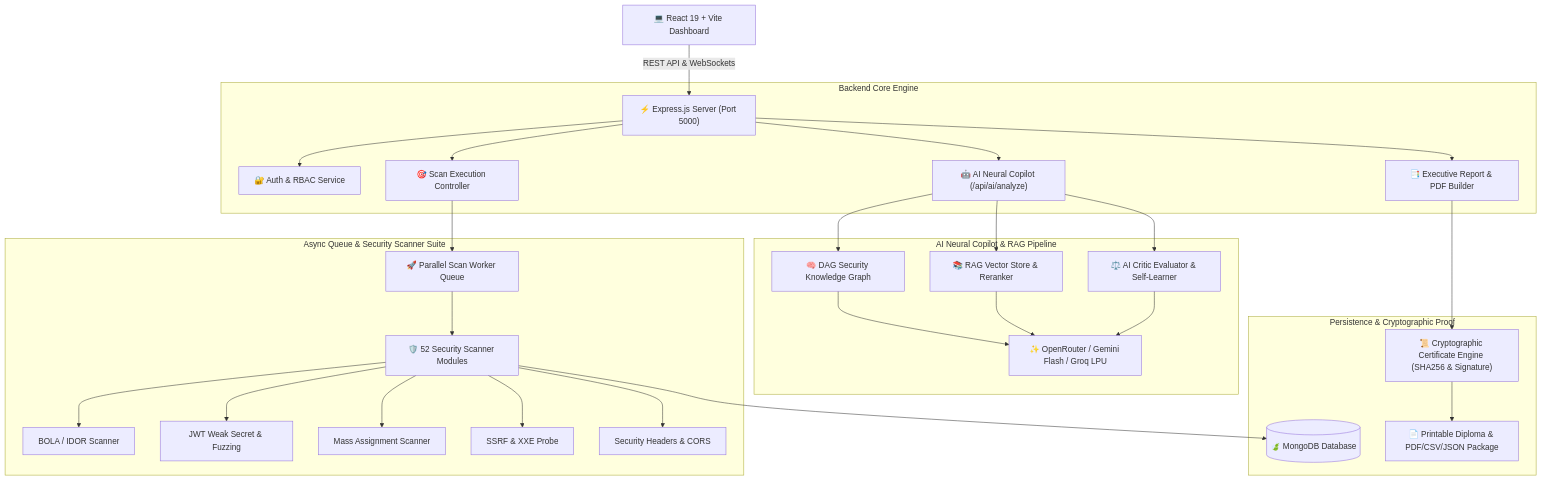
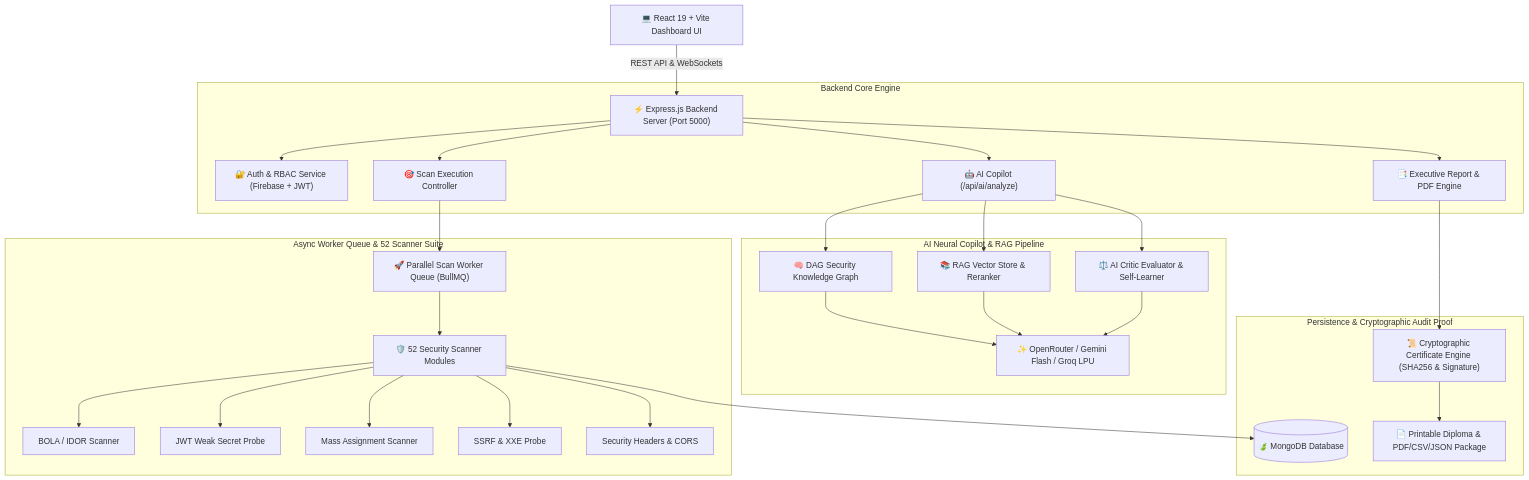
One commit to Redkrossresearch/api-security-scanner changed the first of 2 diagrams in README.md. Above: the diagram before and after it, drawn with Mermaid. The commit also changed other lines of this file and 1 other file, not shown here.

Commit message:
docs: update collaboration log and README with commit-by-commit history, architecture diagrams, directory trees, contribution tables and Phase 4 roadmap

````diff
--- a/README.md
+++ b/README.md
@@ -24,34 +22,34 @@
 ```mermaid
 graph TD
-    Client["💻 React 19 + Vite Dashboard"] -->|REST API & WebSockets| Server["⚡ Express.js Server (Port 5000)"]
+    Client["💻 React 19 + Vite Dashboard UI"] -->|REST API & WebSockets| Server["⚡ Express.js Backend Server (Port 5000)"]
     
     subgraph Backend Core Engine
-        Server --> Auth["🔐 Auth & RBAC Service"]
+        Server --> Auth["🔐 Auth & RBAC Service (Firebase + JWT)"]
         Server --> ScanController["🎯 Scan Execution Controller"]
-        Server --> AIController["🤖 AI Neural Copilot (/api/ai/analyze)"]
-        Server --> ReportService["📑 Executive Report & PDF Builder"]
+        Server --> AIController["🤖 AI Copilot (/api/ai/analyze)"]
+        Server --> ReportService["📑 Executive Report & PDF Engine"]
     end
 
-    subgraph Async Queue & Security Scanner Suite
-        ScanController --> TaskQueue["🚀 Parallel Scan Worker Queue"]
+    subgraph Async Worker Queue & 52 Scanner Suite
+        ScanController --> TaskQueue["🚀 Parallel Scan Worker Queue (BullMQ)"]
         TaskQueue --> ScannerEngine["🛡️ 52 Security Scanner Modules"]
         ScannerEngine --> BOLA["BOLA / IDOR Scanner"]
-        ScannerEngine --> JWT["JWT Weak Secret & Fuzzing"]
+        ScannerEngine --> JWT["JWT Weak Secret Probe"]
         ScannerEngine --> MassAssign["Mass Assignment Scanner"]
         ScannerEngine --> SSRF["SSRF & XXE Probe"]
-        ScannerEngine --> Header["Security Headers & CORS"]
+        ScannerEngine --> SecurityHeaders["Security Headers & CORS"]
     end
 
     subgraph AI Neural Copilot & RAG Pipeline
         AIController --> DAGGraph["🧠 DAG Security Knowledge Graph"]
         AIController --> RAGEngine["📚 RAG Vector Store & Reranker"]
         AIController --> CriticEval["⚖️ AI Critic Evaluator & Self-Learner"]
         DAGGraph & RAGEngine & CriticEval --> LLMProvider["✨ OpenRouter / Gemini Flash / Groq LPU"]
     end
 
-    subgraph Persistence & Cryptographic Proof
+    subgraph Persistence & Cryptographic Audit Proof
         ScannerEngine --> DB[("🍃 MongoDB Database")]
         ReportService --> CertGen["📜 Cryptographic Certificate Engine (SHA256 & Signature)"]
         CertGen --> OutputDoc["📄 Printable Diploma & PDF/CSV/JSON Package"]
     end
 ```
````
